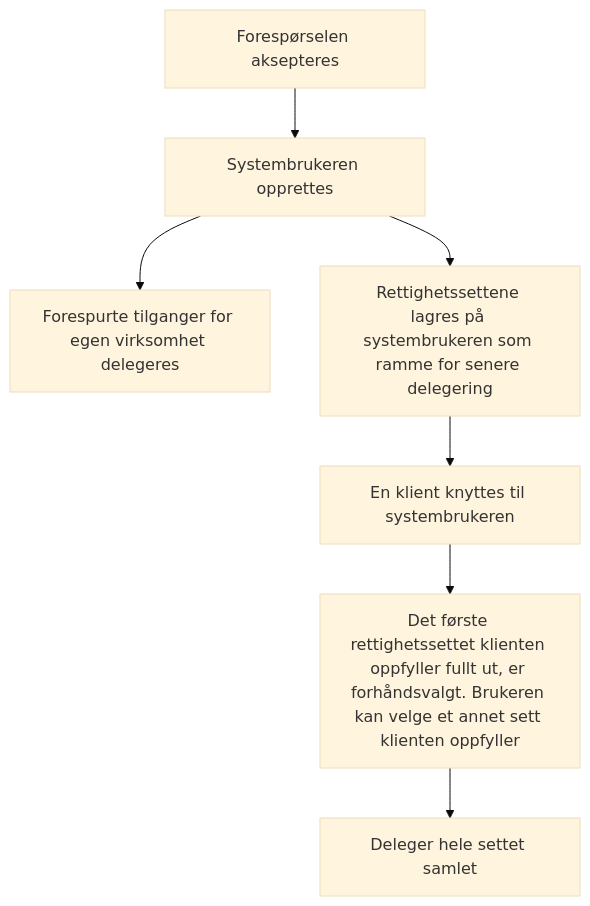
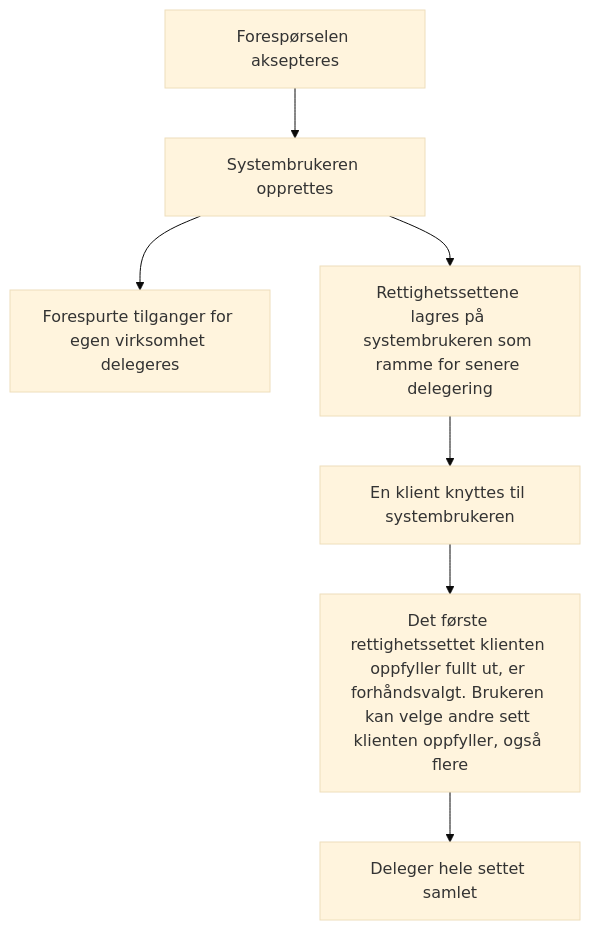
The third of 6 diagrams in content/authorization/guides/system-vendor/system-user/beslutningstre.nb.md (Altinn/altinn-studio-docs), drawn with Mermaid (base theme) before and after one commit. The commit also changed other lines of this file and 8 other files, not shown here.

First line of the commit message:
docs: byrået kan velge flere alternativer, med oppdaterte skisser (#3311)

```diff
--- a/content/authorization/guides/system-vendor/system-user/beslutningstre.nb.md
+++ b/content/authorization/guides/system-vendor/system-user/beslutningstre.nb.md
@@ -57,9 +57,9 @@
 {{< mermaid >}}
 graph TD
   APPROVE["Forespørselen aksepteres"] --> CREATE["Systembrukeren opprettes"]
   CREATE --> OWN["Forespurte tilganger for egen virksomhet delegeres"]
   CREATE --> CLIENTCONFIG["Rettighetssettene lagres på systembrukeren som ramme for senere delegering"]
   CLIENTCONFIG --> LINK["En klient knyttes til systembrukeren"]
-  LINK --> CHECK["Det første rettighetssettet klienten oppfyller fullt ut, er forhåndsvalgt. Brukeren kan velge et annet sett klienten oppfyller"]
+  LINK --> CHECK["Det første rettighetssettet klienten oppfyller fullt ut, er forhåndsvalgt. Brukeren kan velge andre sett klienten oppfyller, også flere"]
   CHECK --> DELEGATE["Deleger hele settet samlet"]
 {{< /mermaid >}}
```
